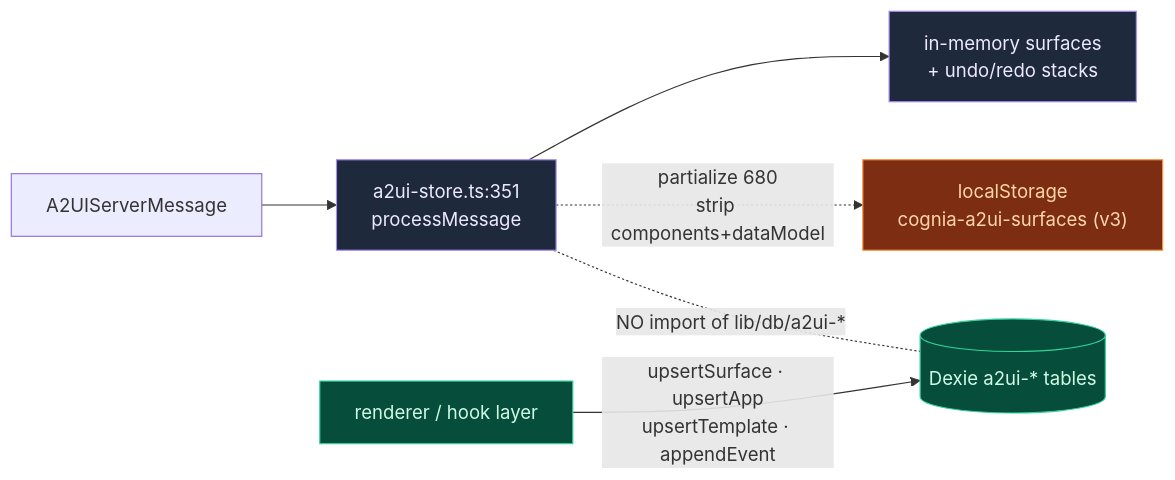
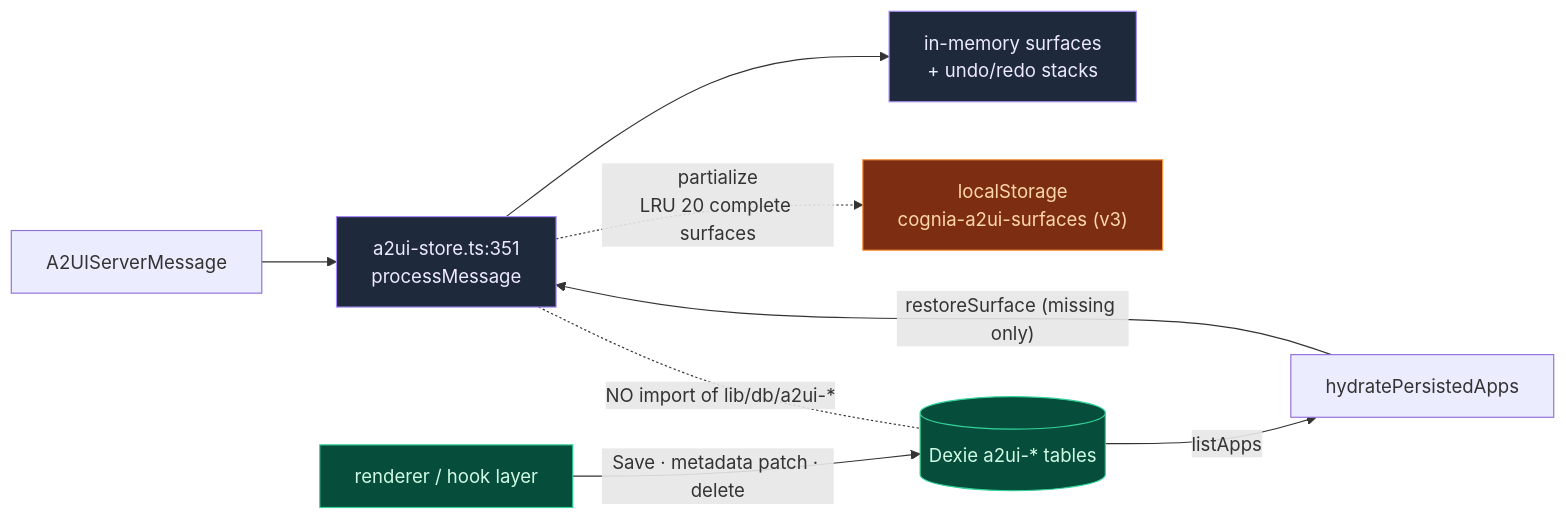
One commit to MaxQian888/cognia-next changed the first of 3 diagrams in docs/content/docs/en/subsystems/a2ui/state-persistence.mdx. Above: the diagram before and after it, drawn with Mermaid. The commit also changed other lines of this file and 84 other files, not shown here.

````diff
--- a/docs/content/docs/en/subsystems/a2ui/state-persistence.mdx
+++ b/docs/content/docs/en/subsystems/a2ui/state-persistence.mdx
@@ -48,15 +50,17 @@
 ```mermaid
 flowchart LR
   MSG["A2UIServerMessage"] --> STORE["a2ui-store.ts:351<br/>processMessage"]
   STORE --> MEM["in-memory surfaces<br/>+ undo/redo stacks"]
-  STORE -.->|"partialize 680<br/>strip components+dataModel"| LS["localStorage<br/>cognia-a2ui-surfaces (v3)"]
-  REND["renderer / hook layer"] -->|"upsertSurface · upsertApp<br/>upsertTemplate · appendEvent"| DEXIE[("Dexie a2ui-* tables")]
+  STORE -.->|"partialize<br/>LRU 20 complete surfaces"| LS["localStorage<br/>cognia-a2ui-surfaces (v3)"]
+  REND["renderer / hook layer"] -->|"Save · metadata patch · delete"| DEXIE[("Dexie a2ui-* tables")]
+  DEXIE -->|"listApps"| HYDRATE["hydratePersistedApps"]
+  HYDRATE -->|"restoreSurface (missing only)"| STORE
   STORE -. "NO import of lib/db/a2ui-*" .- DEXIE
 
   classDef store fill:#1e293b,stroke:#a78bfa,color:#ede9fe
   classDef ls fill:#7c2d12,stroke:#fb923c,color:#fed7aa
   classDef dx fill:#064e3b,stroke:#34d399,color:#d1fae5
   class STORE,MEM store
   class LS ls
   class REND,DEXIE dx
 ```
````
